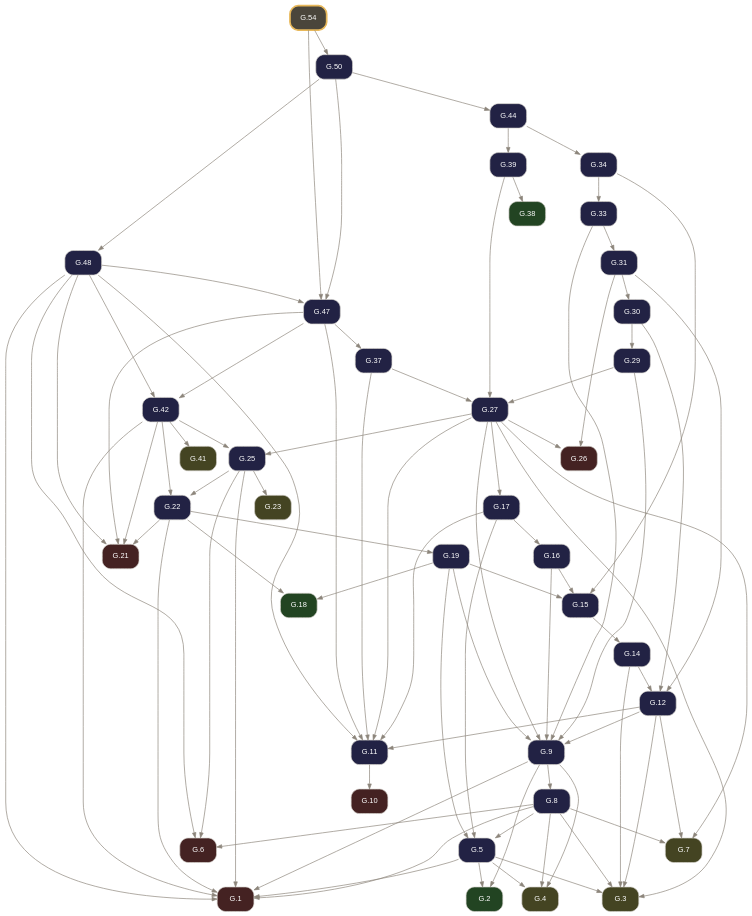
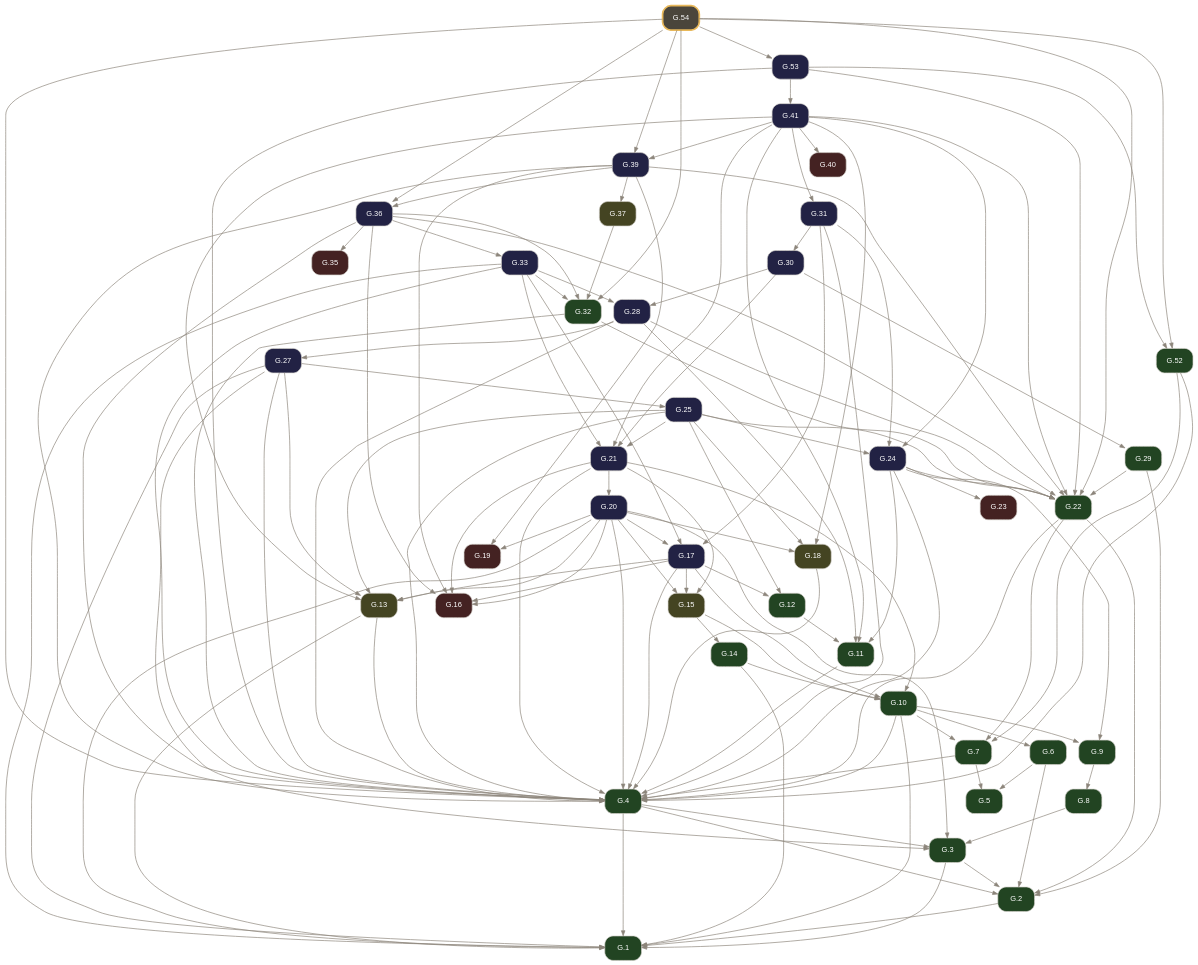
One commit to geometor/elements changed the diagram in docsrc/elements2/G.54/index.rst. Above: the diagram before and after it, drawn with Graphviz. The commit also changed other lines of this file and 2974 other files, not shown here.

Commit message:
feat(elements2): wire defined terms, short verb titles, coincidence operator, and 2-point circle notation (v0.4.0)

```diff
--- a/docsrc/elements2/G.54/index.rst
+++ b/docsrc/elements2/G.54/index.rst
@@ -66,126 +87,167 @@
      node [shape=box, style="rounded,filled", fontname="Helvetica", fontsize=11, color="#d6d3cd", fontcolor="#ffffff"];
      edge [color="#8c857b", fontcolor="#8c857b", arrowsize=0.75];
      rankdir="TB";
-     "G.1" [label="G.1", tooltip="G.1 (I.cn.1): Things equal to the same thing are equal to one another.", fillcolor="#442222", URL="../G.1/index.html", target="_top"];
-     "G.2" [label="G.2", tooltip="G.2 (I.def.15): A circle is a plane figure contained by one line such that all segments falling upon it from its center are equal.", fillcolor="#224422", URL="../G.2/index.html", target="_top"];
-     "G.3" [label="G.3", tooltip="G.3 (I.post.1): Construct a segment between any two points.", fillcolor="#444422", URL="../G.3/index.html", target="_top"];
-     "G.4" [label="G.4", tooltip="G.4 (I.post.3): Construct a circle with any center and radius.", fillcolor="#444422", URL="../G.4/index.html", target="_top"];
-     "G.5" [label="G.5", tooltip="G.5 (I.1): Construct an equilateral triangle on a given finite segment.", fillcolor="#222244", URL="../G.5/index.html", target="_top"];
-     "G.6" [label="G.6", tooltip="G.6 (I.cn.3): If equals are subtracted from equals, the remainders are equal.", fillcolor="#442222", URL="../G.6/index.html", target="_top"];
-     "G.7" [label="G.7", tooltip="G.7 (I.post.2): Extend a finite segment continuously in a straight line.", fillcolor="#444422", URL="../G.7/index.html", target="_top"];
-     "G.8" [label="G.8", tooltip="G.8 (I.2): Construct at a given point a segment equal to a given segment.", fillcolor="#222244", URL="../G.8/index.html", target="_top"];
-     "G.9" [label="G.9", tooltip="G.9 (I.3): Cut off from the greater of two unequal segments a segment equal to the less.", fillcolor="#222244", URL="../G.9/index.html", target="_top"];
-     "G.10" [label="G.10", tooltip="G.10 (I.cn.4): Things that coincide with one another are equal.", fillcolor="#442222", URL="../G.10/index.html", target="_top"];
-     "G.11" [label="G.11", tooltip="G.11 (I.4): Triangles with two sides and the included angle equal are congruent (SAS).", fillcolor="#222244", URL="../G.11/index.html", target="_top"];
-     "G.12" [label="G.12", tooltip="G.12 (I.5): In an isosceles triangle, the angles at the base are equal, and if the equal sides are extended, the angles under the base are equal.", fillcolor="#222244", URL="../G.12/index.html", target="_top"];
-     "G.14" [label="G.14", tooltip="G.14 (I.7): On the same segment and on the same side, there cannot be constructed two distinct triangles with both pairs of conterminous sides equal.", fillcolor="#222244", URL="../G.14/index.html", target="_top"];
-     "G.15" [label="G.15", tooltip="G.15 (I.8): Triangles with all three corresponding sides equal have their corresponding angles equal (SSS).", fillcolor="#222244", URL="../G.15/index.html", target="_top"];
-     "G.16" [label="G.16", tooltip="G.16 (I.9): Bisect a given angle.", fillcolor="#222244", URL="../G.16/index.html", target="_top"];
-     "G.17" [label="G.17", tooltip="G.17 (I.10): Bisect a given finite segment.", fillcolor="#222244", URL="../G.17/index.html", target="_top"];
-     "G.18" [label="G.18", tooltip="G.18 (I.def.10): When a straight line standing on a straight line makes the adjacent angles equal, each of the equal angles is a right angle, and the standing line is perpendicular to that on which...", fillcolor="#224422", URL="../G.18/index.html", target="_top"];
-     "G.19" [label="G.19", tooltip="G.19 (I.11): Construct a line at right angles to a given line from a given point on it.", fillcolor="#222244", URL="../G.19/index.html", target="_top"];
-     "G.21" [label="G.21", tooltip="G.21 (I.cn.2): If equals are added to equals, the wholes are equal.", fillcolor="#442222", URL="../G.21/index.html", target="_top"];
-     "G.22" [label="G.22", tooltip="G.22 (I.13): A ray standing on a line makes either two right angles or adjacent angles summing to two right angles.", fillcolor="#222244", URL="../G.22/index.html", target="_top"];
-     "G.23" [label="G.23", tooltip="G.23 (I.post.4): All right angles are equal.", fillcolor="#444422", URL="../G.23/index.html", target="_top"];
-     "G.25" [label="G.25", tooltip="G.25 (I.15): Intersecting lines make their vertical angles equal.", fillcolor="#222244", URL="../G.25/index.html", target="_top"];
-     "G.26" [label="G.26", tooltip="G.26 (I.cn.5): The whole is greater than the part.", fillcolor="#442222", URL="../G.26/index.html", target="_top"];
-     "G.27" [label="G.27", tooltip="G.27 (I.16): In any triangle, if one side is extended, the exterior angle is greater than either opposite interior angle.", fillcolor="#222244", URL="../G.27/index.html", target="_top"];
-     "G.29" [label="G.29", tooltip="G.29 (I.18): In any triangle, the greater side subtends the greater angle.", fillcolor="#222244", URL="../G.29/index.html", target="_top"];
-     "G.30" [label="G.30", tooltip="G.30 (I.19): In any triangle, the greater angle is subtended by the greater side.", fillcolor="#222244", URL="../G.30/index.html", target="_top"];
-     "G.31" [label="G.31", tooltip="G.31 (I.20): In any triangle, the sum of any two sides is greater than the remaining side.", fillcolor="#222244", URL="../G.31/index.html", target="_top"];
-     "G.33" [label="G.33", tooltip="G.33 (I.22): Construct a triangle from three segments equal to three given segments satisfying the triangle inequality.", fillcolor="#222244", URL="../G.33/index.html", target="_top"];
-     "G.34" [label="G.34", tooltip="G.34 (I.23): Construct on a given line at a given point an angle equal to a given angle.", fillcolor="#222244", URL="../G.34/index.html", target="_top"];
-     "G.37" [label="G.37", tooltip="G.37 (I.26): Triangles with two angles and one corresponding side equal are congruent (ASA / AAS).", fillcolor="#222244", URL="../G.37/index.html", target="_top"];
-     "G.38" [label="G.38", tooltip="G.38 (I.def.23): Parallel lines are straight lines in the same plane which, produced indefinitely in both directions, do not meet.", fillcolor="#224422", URL="../G.38/index.html", target="_top"];
-     "G.39" [label="G.39", tooltip="G.39 (I.27): If a transversal cutting two lines makes the alternate interior angles equal, the lines are parallel.", fillcolor="#222244", URL="../G.39/index.html", target="_top"];
-     "G.41" [label="G.41", tooltip="G.41 (I.post.5): Two lines intersected by a transversal with interior angles on one side summing to less than two right angles meet on that side.", fillcolor="#444422", URL="../G.41/index.html", target="_top"];
-     "G.42" [label="G.42", tooltip="G.42 (I.29): A transversal cutting parallel lines makes alternate interior angles equal, exterior and opposite interior angles equal, and same-side interior angles supplementary.", fillcolor="#222244", URL="../G.42/index.html", target="_top"];
-     "G.44" [label="G.44", tooltip="G.44 (I.31): Construct through a given point a line parallel to a given line.", fillcolor="#222244", URL="../G.44/index.html", target="_top"];
-     "G.47" [label="G.47", tooltip="G.47 (I.34): In a parallelogram, opposite sides and opposite angles are equal, and the diagonal bisects the area.", fillcolor="#222244", URL="../G.47/index.html", target="_top"];
-     "G.48" [label="G.48", tooltip="G.48 (I.35): Parallelograms on the same base and in the same parallels are equal in area.", fillcolor="#222244", URL="../G.48/index.html", target="_top"];
-     "G.50" [label="G.50", tooltip="G.50 (I.37): Triangles on the same base and in the same parallels are equal in area.", fillcolor="#222244", URL="../G.50/index.html", target="_top"];
-     "G.54" [label="G.54", tooltip="G.54 (I.41): If a parallelogram shares the same base with a triangle and lies in the same parallels, the parallelogram is double the triangle.", penwidth=2.5, color="#e8b85a", fillcolor="#4a453b", URL="index.html", target="_top"];
-     "G.5" -> "G.1";
-     "G.8" -> "G.1";
-     "G.9" -> "G.1";
-     "G.22" -> "G.1";
-     "G.25" -> "G.1";
-     "G.42" -> "G.1";
-     "G.48" -> "G.1";
-     "G.5" -> "G.2";
-     "G.9" -> "G.2";
-     "G.5" -> "G.3";
+     "G.1" [label="G.1", tooltip="G.1 (I.def.1): A point A is that which has no part.", fillcolor="#224422", URL="../G.1/index.html", target="_top"];
+     "G.2" [label="G.2", tooltip="G.2 (I.def.2): A line [ A B ] is a projection of a relationship of two points A, B.", fillcolor="#224422", URL="../G.2/index.html", target="_top"];
+     "G.3" [label="G.3", tooltip="G.3 (I.def.3): The extremities of a segment / A B / are points A, B.", fillcolor="#224422", URL="../G.3/index.html", target="_top"];
+     "G.4" [label="G.4", tooltip="G.4 (I.def.4): A segment / A B / is a portion of a line [ A B ] between two points A, B on the line.", fillcolor="#224422", URL="../G.4/index.html", target="_top"];
+     "G.5" [label="G.5", tooltip="G.5 (I.def.5): A surface is that which has length and breadth only.", fillcolor="#224422", URL="../G.5/index.html", target="_top"];
+     "G.6" [label="G.6", tooltip="G.6 (I.def.6): The extremities of a surface are lines or arcs.", fillcolor="#224422", URL="../G.6/index.html", target="_top"];
+     "G.7" [label="G.7", tooltip="G.7 (I.def.7): A plane surface lies evenly with the lines on itself.", fillcolor="#224422", URL="../G.7/index.html", target="_top"];
+     "G.8" [label="G.8", tooltip="G.8 (I.def.13): A boundary is the extremity of anything.", fillcolor="#224422", URL="../G.8/index.html", target="_top"];
+     "G.9" [label="G.9", tooltip="G.9 (I.def.14): A figure is that which is contained by any boundary or boundaries.", fillcolor="#224422", URL="../G.9/index.html", target="_top"];
+     "G.10" [label="G.10", tooltip="G.10 (I.def.15): A circle ( A B ) is a plane figure contained by one arc defined by a center A and a point B establishing its defining radius / A B /, such that all segments / A B /, / A C /, / A D...", fillcolor="#224422", URL="../G.10/index.html", target="_top"];
+     "G.11" [label="G.11", tooltip="G.11 (I.def.19): Rectilineal figures are contained by segments: trilateral by three, quadrilateral by four, and multilateral by more than four.", fillcolor="#224422", URL="../G.11/index.html", target="_top"];
+     "G.12" [label="G.12", tooltip="G.12 (I.def.20): Of trilateral figures, an equilateral triangle < A B C > has three equal sides, an isosceles triangle < D E F > has two equal sides, and a scalene triangle < G H K > has three uneq...", fillcolor="#224422", URL="../G.12/index.html", target="_top"];
+     "G.13" [label="G.13", tooltip="G.13 (I.post.1): Construct a segment / A B / between any two points A, B.", fillcolor="#444422", URL="../G.13/index.html", target="_top"];
+     "G.14" [label="G.14", tooltip="G.14 (I.def.16): The point A within the circle ( A B ) from which all segments / A B /, / A C / to the arc are equal is called the center of the circle.", fillcolor="#224422", URL="../G.14/index.html", target="_top"];
+     "G.15" [label="G.15", tooltip="G.15 (I.post.3): Construct a circle ( A B ) with center A and defining radius point B.", fillcolor="#444422", URL="../G.15/index.html", target="_top"];
+     "G.16" [label="G.16", tooltip="G.16 (I.cn.1): Things equal to the same thing are equal to one another.", fillcolor="#442222", URL="../G.16/index.html", target="_top"];
+     "G.17" [label="G.17", tooltip="G.17 (I.1): Construct an equilateral triangle on a given segment.", fillcolor="#222244", URL="../G.17/index.html", target="_top"];
+     "G.18" [label="G.18", tooltip="G.18 (I.post.2): Extend a segment / A B / continuously along a line [ A B ] to / B C /.", fillcolor="#444422", URL="../G.18/index.html", target="_top"];
+     "G.19" [label="G.19", tooltip="G.19 (I.cn.3): If equals are subtracted from equals, the remainders are equal.", fillcolor="#442222", URL="../G.19/index.html", target="_top"];
+     "G.20" [label="G.20", tooltip="G.20 (I.2): Construct at a given point a segment equal to a given segment.", fillcolor="#222244", URL="../G.20/index.html", target="_top"];
+     "G.21" [label="G.21", tooltip="G.21 (I.3): Cut off from the greater of two unequal segments a segment equal to the less.", fillcolor="#222244", URL="../G.21/index.html", target="_top"];
+     "G.22" [label="G.22", tooltip="G.22 (I.def.8): A plane angle is the inclination to one another of two lines or arcs in a plane that meet and do not lie on the same line.", fillcolor="#224422", URL="../G.22/index.html", target="_top"];
+     "G.23" [label="G.23", tooltip="G.23 (I.cn.4): Things / A B /, / D E / that coincide with one another are equal to one another.", fillcolor="#442222", URL="../G.23/index.html", target="_top"];
+     "G.24" [label="G.24", tooltip="G.24 (I.4): Triangles with two sides and the included angle equal are congruent (SAS).", fillcolor="#222244", URL="../G.24/index.html", target="_top"];
+     "G.25" [label="G.25", tooltip="G.25 (I.5): In an isosceles triangle, the angles at the base are equal, and if the equal sides are extended, the angles under the base are equal.", fillcolor="#222244", URL="../G.25/index.html", target="_top"];
+     "G.27" [label="G.27", tooltip="G.27 (I.7): On the same segment and on the same side, there cannot be constructed two distinct triangles with both pairs of conterminous sides equal.", fillcolor="#222244", URL="../G.27/index.html", target="_top"];
+     "G.28" [label="G.28", tooltip="G.28 (I.8): Triangles with all three corresponding sides equal have their corresponding angles equal (SSS).", fillcolor="#222244", URL="../G.28/index.html", target="_top"];
+     "G.29" [label="G.29", tooltip="G.29 (I.def.9): A rectilineal angle is contained by two segments or lines.", fillcolor="#224422", URL="../G.29/index.html", target="_top"];
+     "G.30" [label="G.30", tooltip="G.30 (I.9): Bisect a given angle.", fillcolor="#222244", URL="../G.30/index.html", target="_top"];
+     "G.31" [label="G.31", tooltip="G.31 (I.10): Bisect a given segment.", fillcolor="#222244", URL="../G.31/index.html", target="_top"];
+     "G.32" [label="G.32", tooltip="G.32 (I.def.10): When a segment standing on a line makes the adjacent angles equal, each of the equal angles is a right angle, and the standing segment is perpendicular to the line.", fillcolor="#224422", URL="../G.32/index.html", target="_top"];
+     "G.33" [label="G.33", tooltip="G.33 (I.11): Construct a segment at right angles to a given line from a given point on it.", fillcolor="#222244", URL="../G.33/index.html", target="_top"];
+     "G.35" [label="G.35", tooltip="G.35 (I.cn.2): If equals are added to equals, the wholes are equal.", fillcolor="#442222", URL="../G.35/index.html", target="_top"];
+     "G.36" [label="G.36", tooltip="G.36 (I.13): A segment standing on a line makes either two right angles or adjacent angles summing to two right angles.", fillcolor="#222244", URL="../G.36/index.html", target="_top"];
+     "G.37" [label="G.37", tooltip="G.37 (I.post.4): All right angles are equal.", fillcolor="#444422", URL="../G.37/index.html", target="_top"];
+     "G.39" [label="G.39", tooltip="G.39 (I.15): Intersecting lines make their vertical angles equal.", fillcolor="#222244", URL="../G.39/index.html", target="_top"];
+     "G.40" [label="G.40", tooltip="G.40 (I.cn.5): The whole is greater than the part.", fillcolor="#442222", URL="../G.40/index.html", target="_top"];
+     "G.41" [label="G.41", tooltip="G.41 (I.16): In any triangle, if one side is extended, the exterior angle is greater than either opposite interior angle.", fillcolor="#222244", URL="../G.41/index.html", target="_top"];
+     "G.52" [label="G.52", tooltip="G.52 (I.def.23): Parallel lines are lines in the same plane which, extended indefinitely in both directions, do not meet.", fillcolor="#224422", URL="../G.52/index.html", target="_top"];
+     "G.53" [label="G.53", tooltip="G.53 (I.27): If a transversal cutting two lines makes the alternate interior angles equal, the lines are parallel.", fillcolor="#222244", URL="../G.53/index.html", target="_top"];
+     "G.54" [label="G.54", tooltip="G.54 (I.28): If a transversal cutting two lines makes the exterior angle equal to the opposite interior angle, or interior angles on the same side supplementary, the lines are parallel.", penwidth=2.5, color="#e8b85a", fillcolor="#4a453b", URL="index.html", target="_top"];
+     "G.2" -> "G.1";
+     "G.3" -> "G.1";
+     "G.4" -> "G.1";
+     "G.10" -> "G.1";
+     "G.13" -> "G.1";
+     "G.14" -> "G.1";
+     "G.20" -> "G.1";
+     "G.27" -> "G.1";
+     "G.33" -> "G.1";
+     "G.3" -> "G.2";
+     "G.4" -> "G.2";
+     "G.6" -> "G.2";
+     "G.22" -> "G.2";
+     "G.29" -> "G.2";
+     "G.4" -> "G.3";
      "G.8" -> "G.3";
-     "G.12" -> "G.3";
-     "G.14" -> "G.3";
+     "G.20" -> "G.3";
      "G.27" -> "G.3";
-     "G.5" -> "G.4";
-     "G.8" -> "G.4";
-     "G.9" -> "G.4";
-     "G.8" -> "G.5";
-     "G.17" -> "G.5";
-     "G.19" -> "G.5";
-     "G.8" -> "G.6";
-     "G.25" -> "G.6";
-     "G.48" -> "G.6";
-     "G.8" -> "G.7";
-     "G.12" -> "G.7";
-     "G.27" -> "G.7";
+     "G.7" -> "G.4";
+     "G.10" -> "G.4";
+     "G.11" -> "G.4";
+     "G.13" -> "G.4";
+     "G.17" -> "G.4";
+     "G.18" -> "G.4";
+     "G.20" -> "G.4";
+     "G.21" -> "G.4";
+     "G.22" -> "G.4";
+     "G.24" -> "G.4";
+     "G.25" -> "G.4";
+     "G.27" -> "G.4";
+     "G.28" -> "G.4";
+     "G.31" -> "G.4";
+     "G.32" -> "G.4";
+     "G.33" -> "G.4";
+     "G.36" -> "G.4";
+     "G.39" -> "G.4";
+     "G.52" -> "G.4";
+     "G.53" -> "G.4";
+     "G.54" -> "G.4";
+     "G.6" -> "G.5";
+     "G.7" -> "G.5";
+     "G.10" -> "G.6";
+     "G.10" -> "G.7";
+     "G.22" -> "G.7";
+     "G.52" -> "G.7";
      "G.9" -> "G.8";
-     "G.12" -> "G.9";
-     "G.16" -> "G.9";
-     "G.19" -> "G.9";
-     "G.27" -> "G.9";
-     "G.29" -> "G.9";
-     "G.33" -> "G.9";
-     "G.11" -> "G.10";
+     "G.10" -> "G.9";
+     "G.24" -> "G.9";
+     "G.14" -> "G.10";
+     "G.15" -> "G.10";
+     "G.17" -> "G.10";
+     "G.21" -> "G.10";
      "G.12" -> "G.11";
-     "G.17" -> "G.11";
-     "G.27" -> "G.11";
-     "G.37" -> "G.11";
-     "G.47" -> "G.11";
-     "G.48" -> "G.11";
-     "G.14" -> "G.12";
-     "G.30" -> "G.12";
-     "G.31" -> "G.12";
+     "G.24" -> "G.11";
+     "G.28" -> "G.11";
+     "G.41" -> "G.11";
+     "G.17" -> "G.12";
+     "G.25" -> "G.12";
+     "G.17" -> "G.13";
+     "G.20" -> "G.13";
+     "G.25" -> "G.13";
+     "G.27" -> "G.13";
+     "G.41" -> "G.13";
      "G.15" -> "G.14";
-     "G.16" -> "G.15";
-     "G.19" -> "G.15";
-     "G.34" -> "G.15";
+     "G.17" -> "G.15";
+     "G.20" -> "G.15";
+     "G.21" -> "G.15";
      "G.17" -> "G.16";
-     "G.27" -> "G.17";
-     "G.19" -> "G.18";
-     "G.22" -> "G.18";
-     "G.22" -> "G.19";
-     "G.22" -> "G.21";
-     "G.42" -> "G.21";
-     "G.47" -> "G.21";
-     "G.48" -> "G.21";
+     "G.20" -> "G.16";
+     "G.21" -> "G.16";
+     "G.36" -> "G.16";
+     "G.39" -> "G.16";
+     "G.20" -> "G.17";
+     "G.31" -> "G.17";
+     "G.33" -> "G.17";
+     "G.20" -> "G.18";
+     "G.25" -> "G.18";
+     "G.41" -> "G.18";
+     "G.20" -> "G.19";
+     "G.39" -> "G.19";
+     "G.21" -> "G.20";
+     "G.25" -> "G.21";
+     "G.30" -> "G.21";
+     "G.33" -> "G.21";
+     "G.41" -> "G.21";
+     "G.24" -> "G.22";
      "G.25" -> "G.22";
-     "G.42" -> "G.22";
-     "G.25" -> "G.23";
+     "G.28" -> "G.22";
+     "G.29" -> "G.22";
+     "G.32" -> "G.22";
+     "G.36" -> "G.22";
+     "G.39" -> "G.22";
+     "G.41" -> "G.22";
+     "G.53" -> "G.22";
+     "G.54" -> "G.22";
+     "G.24" -> "G.23";
+     "G.25" -> "G.24";
+     "G.31" -> "G.24";
+     "G.41" -> "G.24";
      "G.27" -> "G.25";
-     "G.42" -> "G.25";
-     "G.27" -> "G.26";
-     "G.31" -> "G.26";
-     "G.29" -> "G.27";
-     "G.37" -> "G.27";
-     "G.39" -> "G.27";
+     "G.28" -> "G.27";
+     "G.30" -> "G.28";
+     "G.33" -> "G.28";
      "G.30" -> "G.29";
      "G.31" -> "G.30";
-     "G.33" -> "G.31";
-     "G.34" -> "G.33";
-     "G.44" -> "G.34";
-     "G.47" -> "G.37";
-     "G.39" -> "G.38";
-     "G.44" -> "G.39";
-     "G.42" -> "G.41";
-     "G.47" -> "G.42";
-     "G.48" -> "G.42";
-     "G.50" -> "G.44";
-     "G.48" -> "G.47";
-     "G.50" -> "G.47";
-     "G.54" -> "G.47";
-     "G.50" -> "G.48";
-     "G.54" -> "G.50";
+     "G.41" -> "G.31";
+     "G.33" -> "G.32";
+     "G.36" -> "G.32";
+     "G.37" -> "G.32";
+     "G.54" -> "G.32";
+     "G.36" -> "G.33";
+     "G.36" -> "G.35";
+     "G.39" -> "G.36";
+     "G.54" -> "G.36";
+     "G.39" -> "G.37";
+     "G.41" -> "G.39";
+     "G.54" -> "G.39";
+     "G.41" -> "G.40";
+     "G.53" -> "G.41";
+     "G.53" -> "G.52";
+     "G.54" -> "G.52";
+     "G.54" -> "G.53";
    }
```
